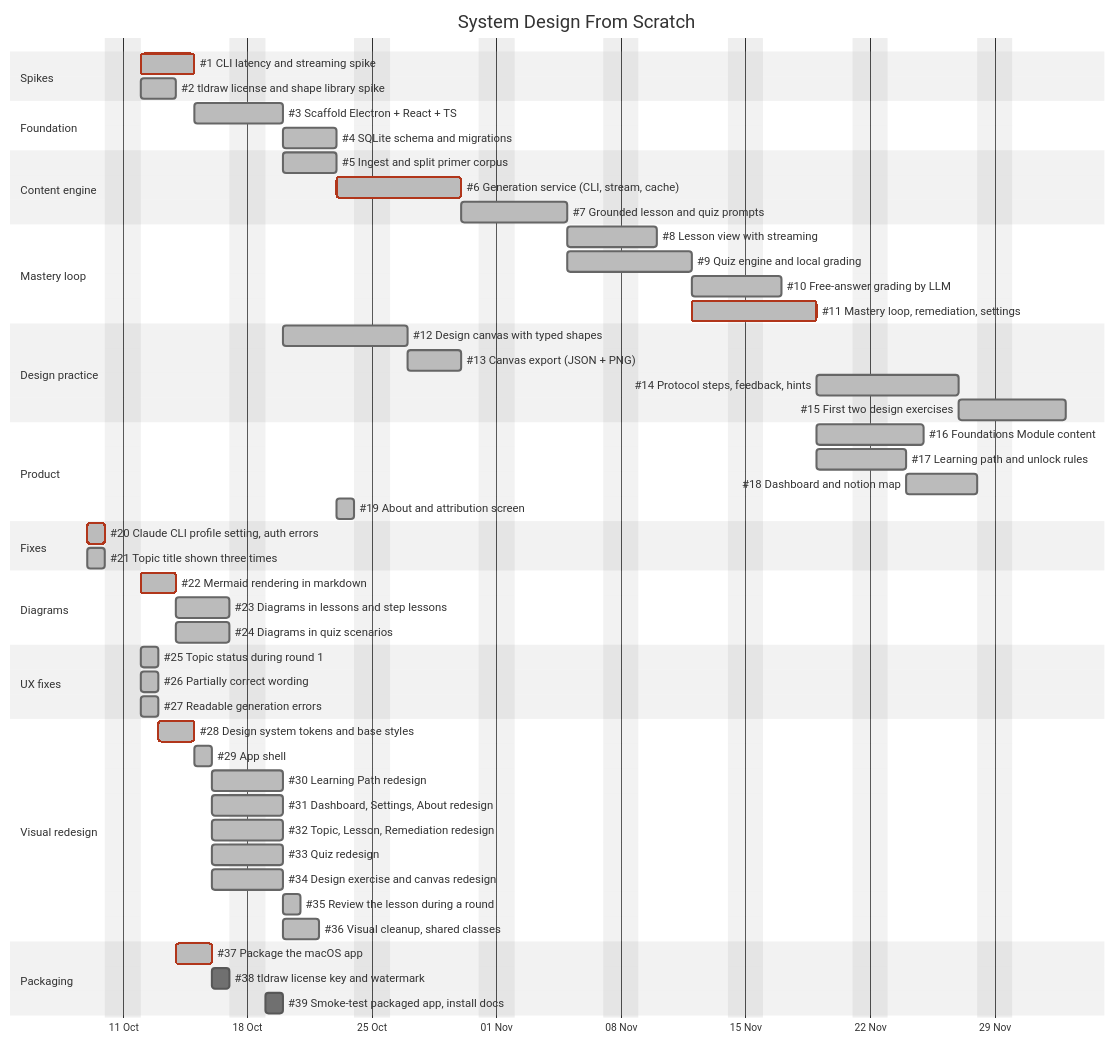
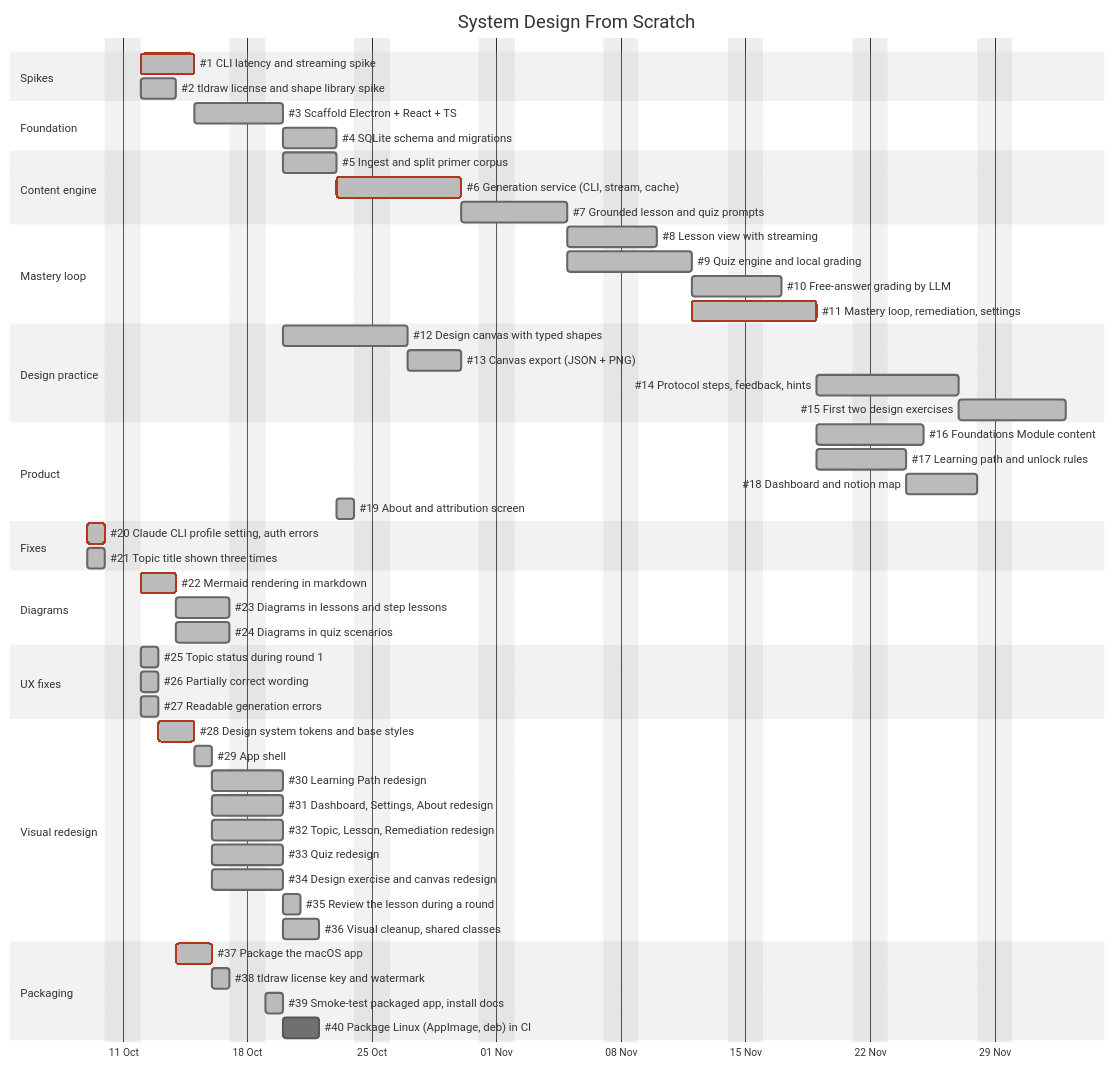
Before and after one commit to jbclaramonte/system-design-from-scratch: the diagram in docs/ROADMAP.md, drawn with Mermaid (neutral theme). The commit also changed other lines of this file and 12 other files, not shown here.

First line of the commit message:
feat: tldraw license key checks and packaged-app smoke test

````diff
--- a/docs/ROADMAP.md
+++ b/docs/ROADMAP.md
@@ -13,68 +13,69 @@
 ```mermaid
 gantt
     title System Design From Scratch
     dateFormat YYYY-MM-DD
     excludes weekends
     axisFormat %d %b
 
     section Spikes
     #1 CLI latency and streaming spike        :done, crit, s1, 2026-10-12, 3d
     #2 tldraw license and shape library spike :done, s2, 2026-10-12, 2d
 
     section Foundation
     #3 Scaffold Electron + React + TS         :done, f1, after s1, 3d
     #4 SQLite schema and migrations           :done, f2, after f1, 3d
 
     section Content engine
     #5 Ingest and split primer corpus         :done, c1, after f1, 3d
     #6 Generation service (CLI, stream, cache):done, crit, c2, after f2, 5d
     #7 Grounded lesson and quiz prompts       :done, c3, after c1 c2, 4d
 
     section Mastery loop
     #8 Lesson view with streaming             :done, m1, after c3, 3d
     #9 Quiz engine and local grading          :done, m2, after c3, 5d
     #10 Free-answer grading by LLM            :done, m3, after m2, 3d
     #11 Mastery loop, remediation, settings   :done, crit, m4, after m1 m2, 5d
 
     section Design practice
     #12 Design canvas with typed shapes       :done, d1, after s2 f1, 5d
     #13 Canvas export (JSON + PNG)            :done, d2, after d1, 3d
     #14 Protocol steps, feedback, hints       :done, d3, after d2 m4, 6d
     #15 First two design exercises            :done, d4, after d3, 4d
 
     section Product
     #16 Foundations Module content            :done, p1, after m4, 4d
     #17 Learning path and unlock rules        :done, p2, after m4, 3d
     #18 Dashboard and notion map              :done, p3, after p2, 4d
     #19 About and attribution screen          :done, p4, after c1, 1d
 
     section Fixes
     #20 Claude CLI profile setting, auth errors :done, crit, x1, 2026-10-09, 1d
     #21 Topic title shown three times         :done, x2, 2026-10-09, 1d
 
     section Diagrams
     #22 Mermaid rendering in markdown         :done, crit, g1, 2026-10-12, 2d
     #23 Diagrams in lessons and step lessons  :done, g2, after g1, 3d
     #24 Diagrams in quiz scenarios            :done, g3, after g1, 3d
 
     section UX fixes
     #25 Topic status during round 1           :done, u1, 2026-10-12, 1d
     #26 Partially correct wording             :done, u2, 2026-10-12, 1d
     #27 Readable generation errors            :done, u3, 2026-10-12, 1d
 
     section Visual redesign
     #28 Design system tokens and base styles  :done, crit, v1, 2026-10-13, 2d
     #29 App shell                             :done, v2, after v1, 1d
     #30 Learning Path redesign                :done, v3, after v2, 2d
     #31 Dashboard, Settings, About redesign   :done, v4, after v2, 2d
     #32 Topic, Lesson, Remediation redesign   :done, v5, after v2, 2d
     #33 Quiz redesign                         :done, v6, after v2, 2d
     #34 Design exercise and canvas redesign   :done, v7, after v2, 2d
     #35 Review the lesson during a round      :done, v8, after v5, 1d
     #36 Visual cleanup, shared classes        :done, v9, after v7, 2d
 
     section Packaging
     #37 Package the macOS app                 :done, crit, k1, 2026-10-14, 2d
-    #38 tldraw license key and watermark      :k2, after k1, 1d
-    #39 Smoke-test packaged app, install docs :k3, after k2, 1d
+    #38 tldraw license key and watermark      :done, k2, after k1, 1d
+    #39 Smoke-test packaged app, install docs :done, k3, after k2, 1d
+    #40 Package Linux (AppImage, deb) in CI   :k4, after k3, 2d
 ```
````
